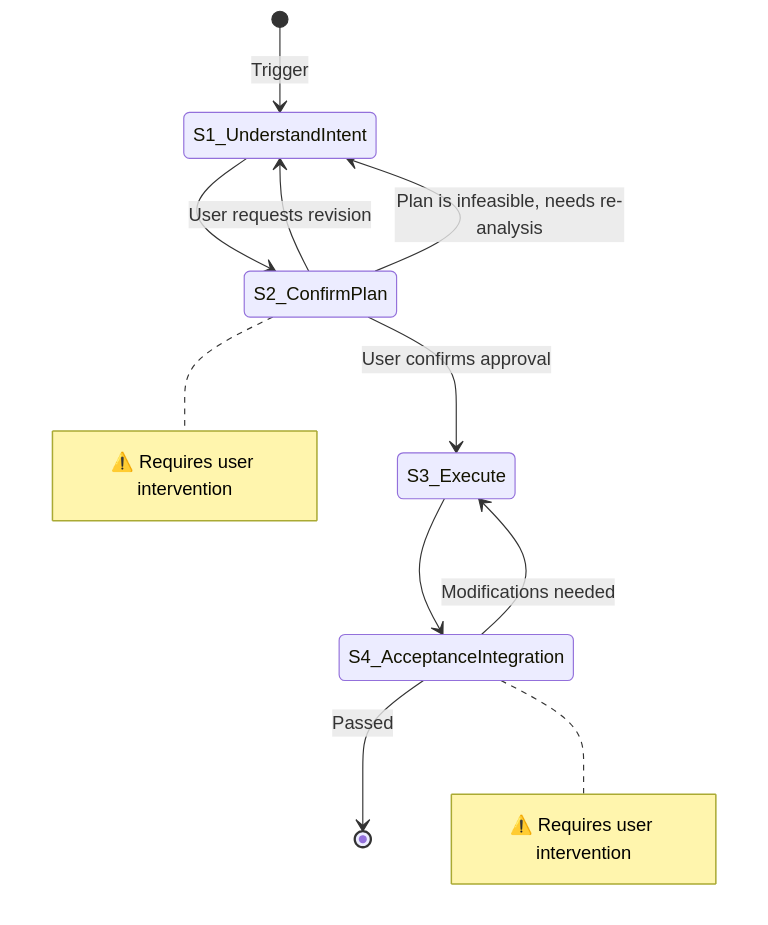
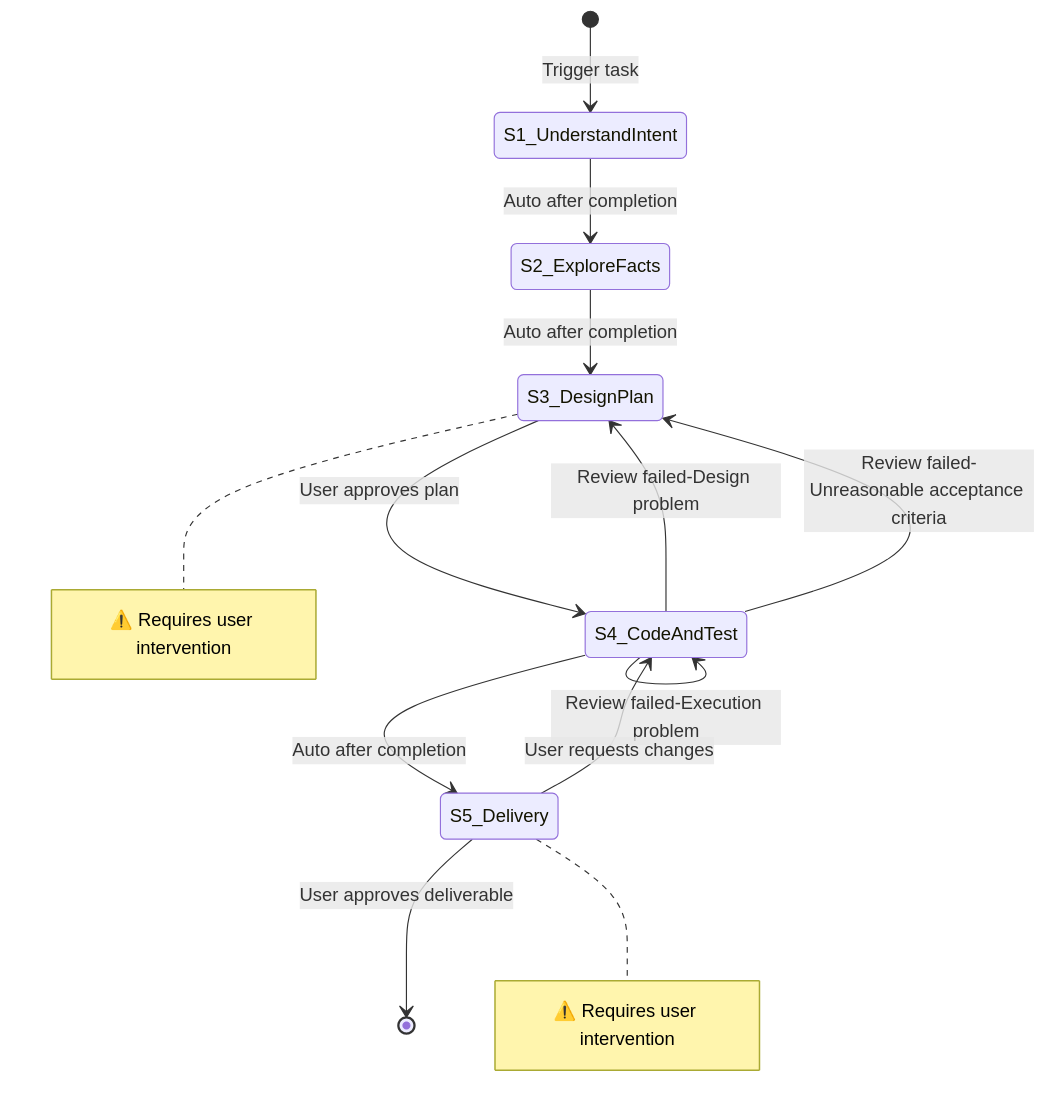
The diagram in docs/template/side-job/flow.md (hank-cp/opencode-vibe-pm), drawn with Mermaid before and after one commit. The commit also changed other lines of this file and 18 other files, not shown here.

````diff
--- a/docs/template/side-job/flow.md
+++ b/docs/template/side-job/flow.md
@@ -40,19 +42,21 @@
 ```mermaid
 stateDiagram-v2
-    [*] --> S1_UnderstandIntent: Trigger
-    S1_UnderstandIntent --> S2_ConfirmPlan
-    S2_ConfirmPlan --> S1_UnderstandIntent: User requests revision
-    S2_ConfirmPlan --> S1_UnderstandIntent: Plan is infeasible, needs re-analysis
-    S2_ConfirmPlan --> S3_Execute: User confirms approval
-    S3_Execute --> S4_AcceptanceIntegration
-    S4_AcceptanceIntegration --> S3_Execute: Modifications needed
-    S4_AcceptanceIntegration --> [*]: Passed
+    [*] --> S1_UnderstandIntent: Trigger task
+    S1_UnderstandIntent --> S2_ExploreFacts: Auto after completion
+    S2_ExploreFacts --> S3_DesignPlan: Auto after completion
+    S3_DesignPlan --> S4_CodeAndTest: User approves plan
+    S4_CodeAndTest --> S5_Delivery: Auto after completion
+    S4_CodeAndTest --> S4_CodeAndTest: Review failed-Execution problem
+    S4_CodeAndTest --> S3_DesignPlan: Review failed-Design problem
+    S4_CodeAndTest --> S3_DesignPlan: Review failed-Unreasonable acceptance criteria
+    S5_Delivery --> S4_CodeAndTest: User requests changes
+    S5_Delivery --> [*]: User approves deliverable
 
-    note right of S2_ConfirmPlan
+    note right of S3_DesignPlan
         ⚠️ Requires user intervention
     end note
 
-    note right of S4_AcceptanceIntegration
+    note right of S5_Delivery
         ⚠️ Requires user intervention
     end note
 ```
````
